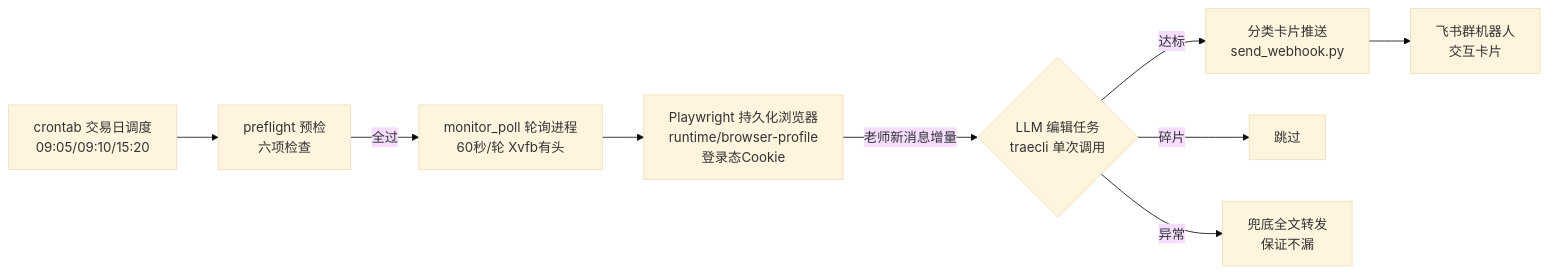
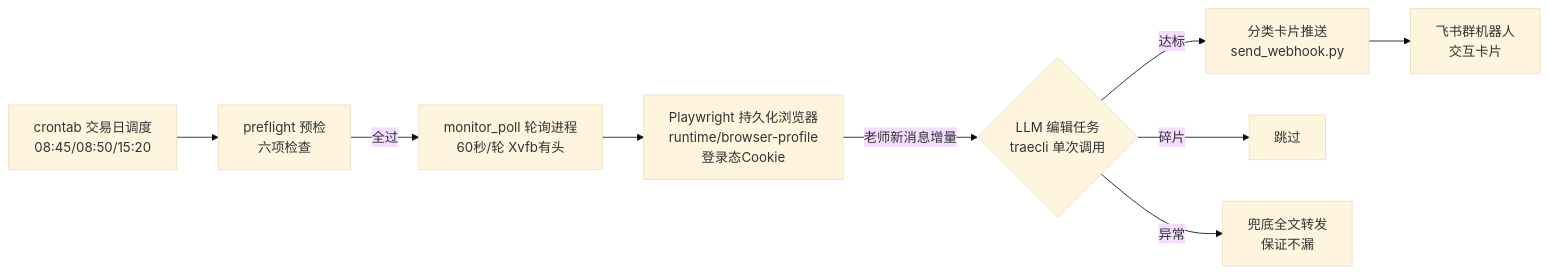
The diagram in docs/直播监控方案.md (seuzxh/live-monitor-agent), drawn with Mermaid (base theme) before and after one commit. The commit also changed 1 other file, not shown here.

Commit message:
chore: 交易日调度提前至 08:45 预检 / 08:50 启动（覆盖 9:00 前盘前消息）

````diff
--- a/docs/直播监控方案.md
+++ b/docs/直播监控方案.md
@@ -8,11 +8,11 @@
 ```mermaid
 flowchart LR
-    A[crontab 交易日调度<br>09:05/09:10/15:20] --> B[preflight 预检<br>六项检查]
+    A[crontab 交易日调度<br>08:45/08:50/15:20] --> B[preflight 预检<br>六项检查]
     B -->|全过| C[monitor_poll 轮询进程<br>60秒/轮 Xvfb有头]
     C --> D[Playwright 持久化浏览器<br>runtime/browser-profile<br>登录态Cookie]
     D -->|老师新消息增量| E{LLM 编辑任务<br>traecli 单次调用}
     E -->|达标| F[分类卡片推送<br>send_webhook.py]
     E -->|碎片| G[跳过]
     E -->|异常| H[兜底全文转发<br>保证不漏]
     F --> I[飞书群机器人<br>交互卡片]
 ```
````
